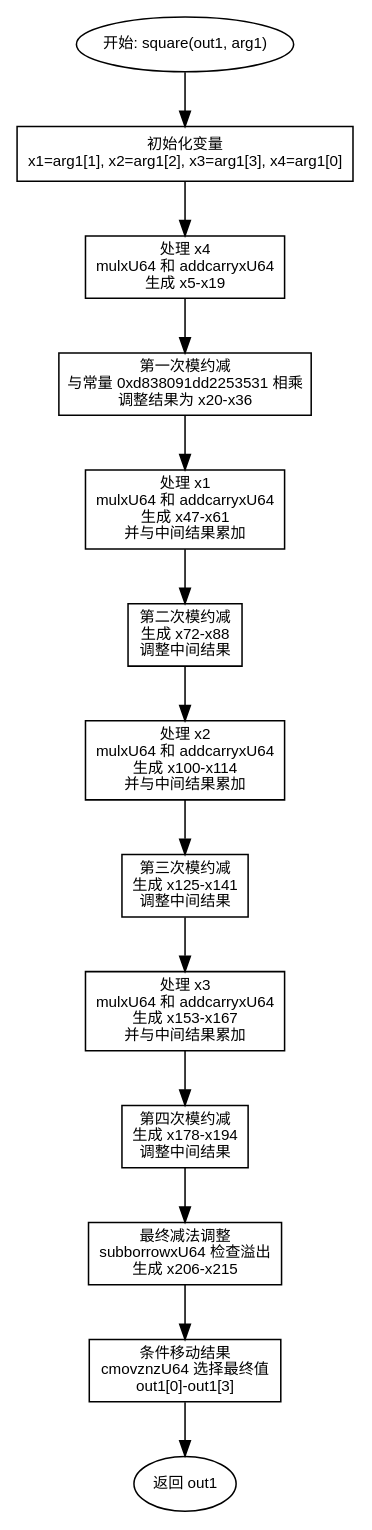
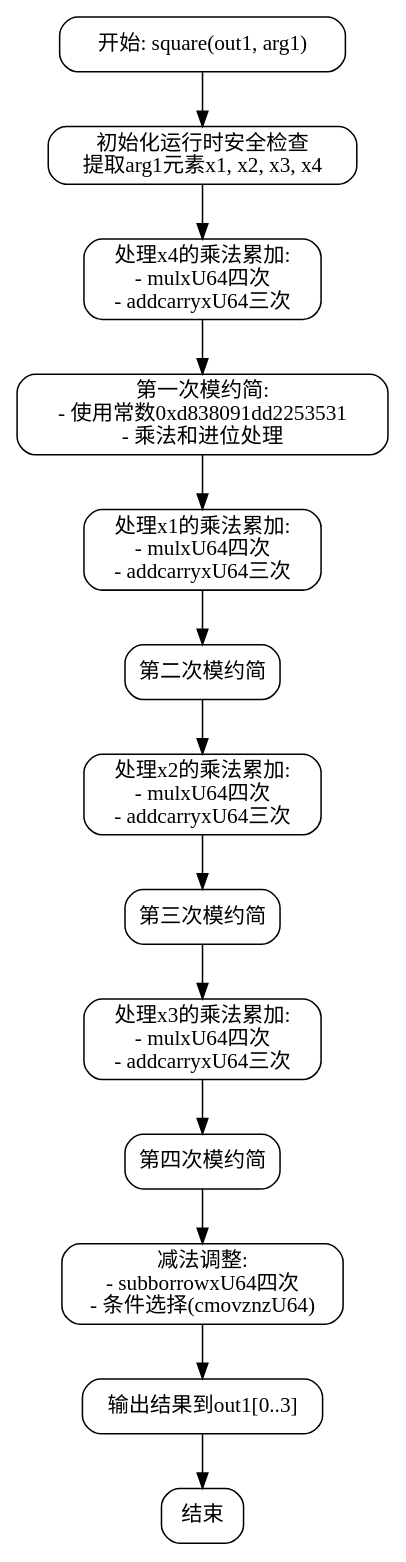
The diagram in dot_std/crypto/pcurves/secp256k1/secp256k1_64.zig.square.md (sdzx-1/deepseek-zig-reader), drawn with Graphviz before and after one commit. The commit also changed other lines of this file and 236 other files, not shown here.

````diff
--- a/dot_std/crypto/pcurves/secp256k1/secp256k1_64.zig.square.md
+++ b/dot_std/crypto/pcurves/secp256k1/secp256k1_64.zig.square.md
@@ -25,33 +30,33 @@
 ```dot
-digraph flowchart {
-    node [shape=rectangle, fontname="Arial", fontsize=10];
-    edge [fontname="Arial", fontsize=10];
+digraph square_flowchart {
+    node [shape=rectangle, style=rounded];
+    rankdir=TB;
 
-    start [label="开始: square(out1, arg1)", shape=ellipse];
-    init [label="初始化变量\nx1=arg1[1], x2=arg1[2], x3=arg1[3], x4=arg1[0]"];
-    process_x4 [label="处理 x4\nmulxU64 和 addcarryxU64\n生成 x5-x19"];
-    reduce1 [label="第一次模约减\n与常量 0xd838091dd2253531 相乘\n调整结果为 x20-x36"];
-    process_x1 [label="处理 x1\nmulxU64 和 addcarryxU64\n生成 x47-x61\n并与中间结果累加"];
-    reduce2 [label="第二次模约减\n生成 x72-x88\n调整中间结果"];
-    process_x2 [label="处理 x2\nmulxU64 和 addcarryxU64\n生成 x100-x114\n并与中间结果累加"];
-    reduce3 [label="第三次模约减\n生成 x125-x141\n调整中间结果"];
-    process_x3 [label="处理 x3\nmulxU64 和 addcarryxU64\n生成 x153-x167\n并与中间结果累加"];
-    reduce4 [label="第四次模约减\n生成 x178-x194\n调整中间结果"];
-    final_sub [label="最终减法调整\nsubborrowxU64 检查溢出\n生成 x206-x215"];
-    cmov [label="条件移动结果\ncmovznzU64 选择最终值\nout1[0]-out1[3]"];
-    end [label="返回 out1", shape=ellipse];
+    start [label="开始: square(out1, arg1)"];
+    init [label="初始化运行时安全检查\n提取arg1元素x1, x2, x3, x4"];
+    mul_x4 [label="处理x4的乘法累加:\n- mulxU64四次\n- addcarryxU64三次"];
+    reduce1 [label="第一次模约简:\n- 使用常数0xd838091dd2253531\n- 乘法和进位处理"];
+    mul_x1 [label="处理x1的乘法累加:\n- mulxU64四次\n- addcarryxU64三次"];
+    reduce2 [label="第二次模约简"];
+    mul_x2 [label="处理x2的乘法累加:\n- mulxU64四次\n- addcarryxU64三次"];
+    reduce3 [label="第三次模约简"];
+    mul_x3 [label="处理x3的乘法累加:\n- mulxU64四次\n- addcarryxU64三次"];
+    reduce4 [label="第四次模约简"];
+    sub_adj [label="减法调整:\n- subborrowxU64四次\n- 条件选择(cmovznzU64)"];
+    output [label="输出结果到out1[0..3]"];
+    end [label="结束"];
 
     start -> init;
-    init -> process_x4;
-    process_x4 -> reduce1;
-    reduce1 -> process_x1;
-    process_x1 -> reduce2;
-    reduce2 -> process_x2;
-    process_x2 -> reduce3;
-    reduce3 -> process_x3;
-    process_x3 -> reduce4;
-    reduce4 -> final_sub;
-    final_sub -> cmov;
-    cmov -> end;
+    init -> mul_x4;
+    mul_x4 -> reduce1;
+    reduce1 -> mul_x1;
+    mul_x1 -> reduce2;
+    reduce2 -> mul_x2;
+    mul_x2 -> reduce3;
+    reduce3 -> mul_x3;
+    mul_x3 -> reduce4;
+    reduce4 -> sub_adj;
+    sub_adj -> output;
+    output -> end;
 }
 ```
````
